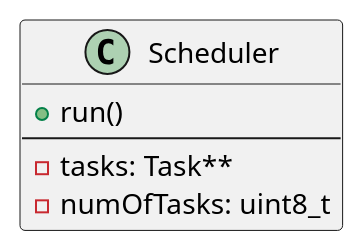
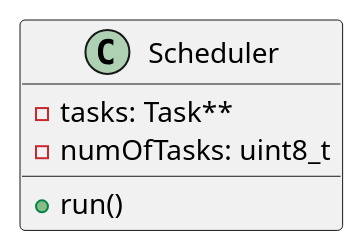
Before and after one commit to Anders-Clement/B208: the diagram in uml/class/Scheduler.iuml, drawn with PlantUML. The commit also changed 8 other files, not shown here.

```diff
--- a/uml/class/Scheduler.iuml
+++ b/uml/class/Scheduler.iuml
@@ -1,6 +1,5 @@
 class Scheduler {
-    + run()
-    --
     - tasks: Task**
     - numOfTasks: uint8_t
+    + run()
 }
```
